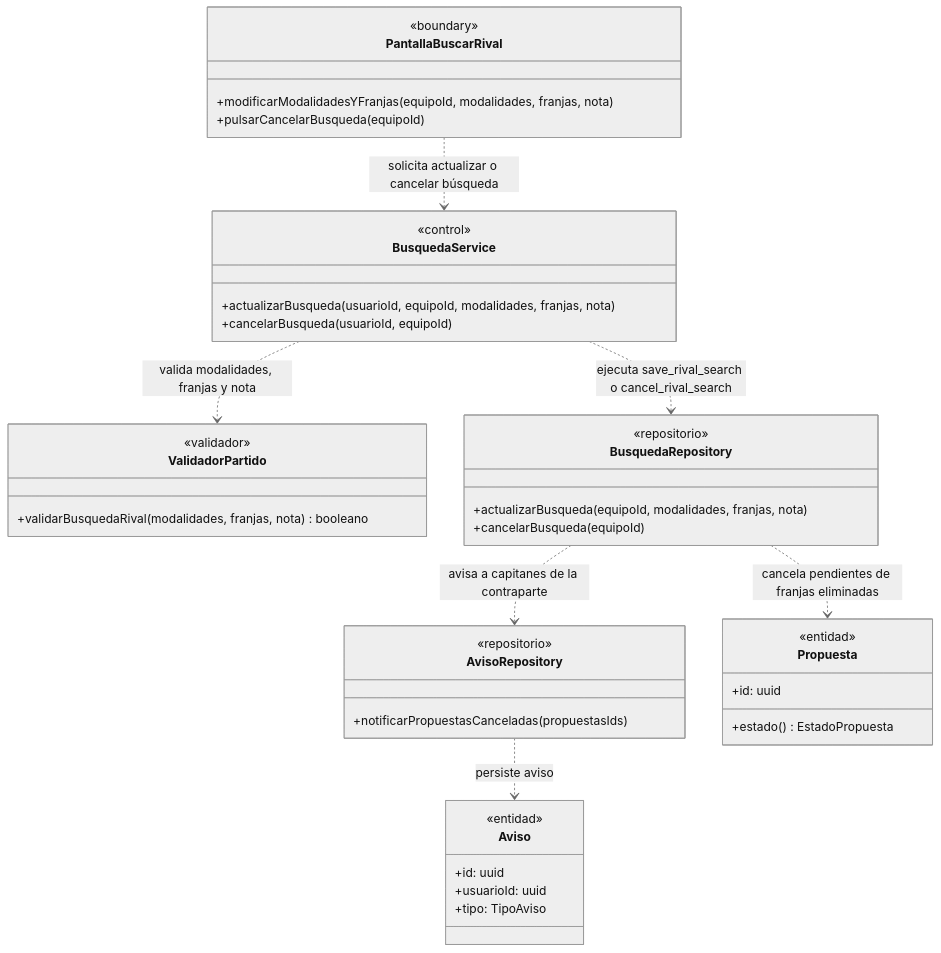
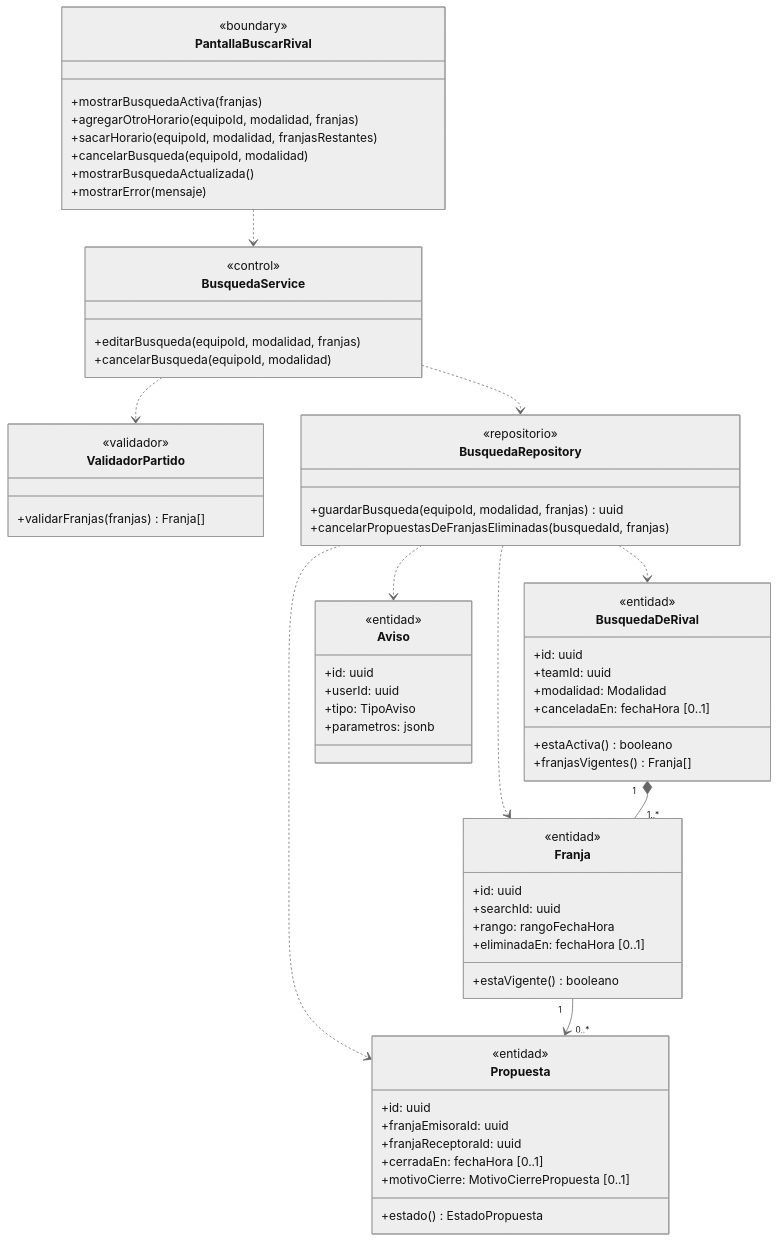
One commit to nicqletal/torneos-scraper changed the third of 15 diagrams in docs/diagramas-de-clase/partidos.md. Above: the diagram before and after it, drawn with Mermaid (neutral theme). The commit also changed other lines of this file and 13 other files, not shown here.

````diff
--- a/docs/diagramas-de-clase/partidos.md
+++ b/docs/diagramas-de-clase/partidos.md
@@ -244,44 +288,68 @@
 ```mermaid
 classDiagram
-direction TB
 class PantallaBuscarRival {
   <<boundary>>
-  +modificarModalidadesYFranjas(equipoId, modalidades, franjas, nota)
-  +pulsarCancelarBusqueda(equipoId)
+  +mostrarBusquedaActiva(franjas)
+  +agregarOtroHorario(equipoId, modalidad, franjas)
+  +sacarHorario(equipoId, modalidad, franjasRestantes)
+  +cancelarBusqueda(equipoId, modalidad)
+  +mostrarBusquedaActualizada()
+  +mostrarError(mensaje)
 }
 class BusquedaService {
   <<control>>
-  +actualizarBusqueda(usuarioId, equipoId, modalidades, franjas, nota)
-  +cancelarBusqueda(usuarioId, equipoId)
+  +editarBusqueda(equipoId, modalidad, franjas)
+  +cancelarBusqueda(equipoId, modalidad)
 }
 class ValidadorPartido {
   <<validador>>
-  +validarBusquedaRival(modalidades, franjas, nota) booleano
+  +validarFranjas(franjas) Franja[]
 }
 class BusquedaRepository {
   <<repositorio>>
-  +actualizarBusqueda(equipoId, modalidades, franjas, nota)
-  +cancelarBusqueda(equipoId)
+  +guardarBusqueda(equipoId, modalidad, franjas) uuid
+  +cancelarPropuestasDeFranjasEliminadas(busquedaId, franjas)
 }
-class AvisoRepository {
-  <<repositorio>>
-  +notificarPropuestasCanceladas(propuestasIds)
+class BusquedaDeRival {
+  <<entidad>>
+  +id: uuid
+  +teamId: uuid
+  +modalidad: Modalidad
+  +canceladaEn: fechaHora [0..1]
+  +estaActiva() booleano
+  +franjasVigentes() Franja[]
+}
+class Franja {
+  <<entidad>>
+  +id: uuid
+  +searchId: uuid
+  +rango: rangoFechaHora
+  +eliminadaEn: fechaHora [0..1]
+  +estaVigente() booleano
 }
 class Propuesta {
   <<entidad>>
   +id: uuid
+  +franjaEmisoraId: uuid
+  +franjaReceptoraId: uuid
+  +cerradaEn: fechaHora [0..1]
+  +motivoCierre: MotivoCierrePropuesta [0..1]
   +estado() EstadoPropuesta
 }
 class Aviso {
   <<entidad>>
   +id: uuid
-  +usuarioId: uuid
+  +userId: uuid
   +tipo: TipoAviso
+  +parametros: jsonb
 }
-PantallaBuscarRival ..> BusquedaService : solicita actualizar o cancelar búsqueda
-BusquedaService ..> ValidadorPartido : valida modalidades, franjas y nota
-BusquedaService ..> BusquedaRepository : ejecuta save_rival_search o cancel_rival_search
-BusquedaRepository ..> Propuesta : cancela pendientes de franjas eliminadas
-BusquedaRepository ..> AvisoRepository : avisa a capitanes de la contraparte
-AvisoRepository ..> Aviso : persiste aviso
+PantallaBuscarRival ..> BusquedaService
+BusquedaService ..> ValidadorPartido
+BusquedaService ..> BusquedaRepository
+BusquedaRepository ..> BusquedaDeRival
+BusquedaRepository ..> Franja
+BusquedaRepository ..> Propuesta
+BusquedaRepository ..> Aviso
+BusquedaDeRival "1" *-- "1..*" Franja
+Franja "1" --> "0..*" Propuesta
 ```
````
